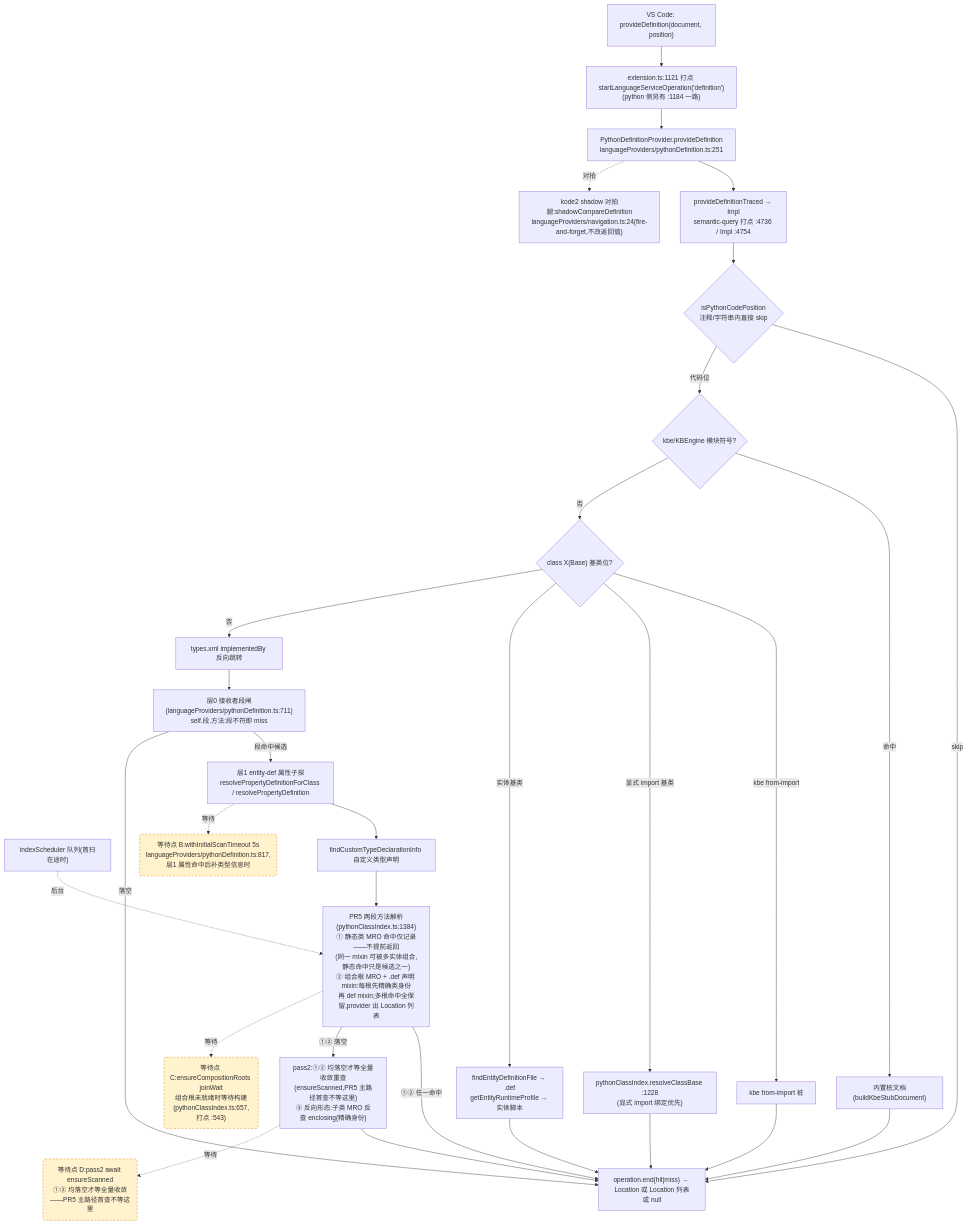
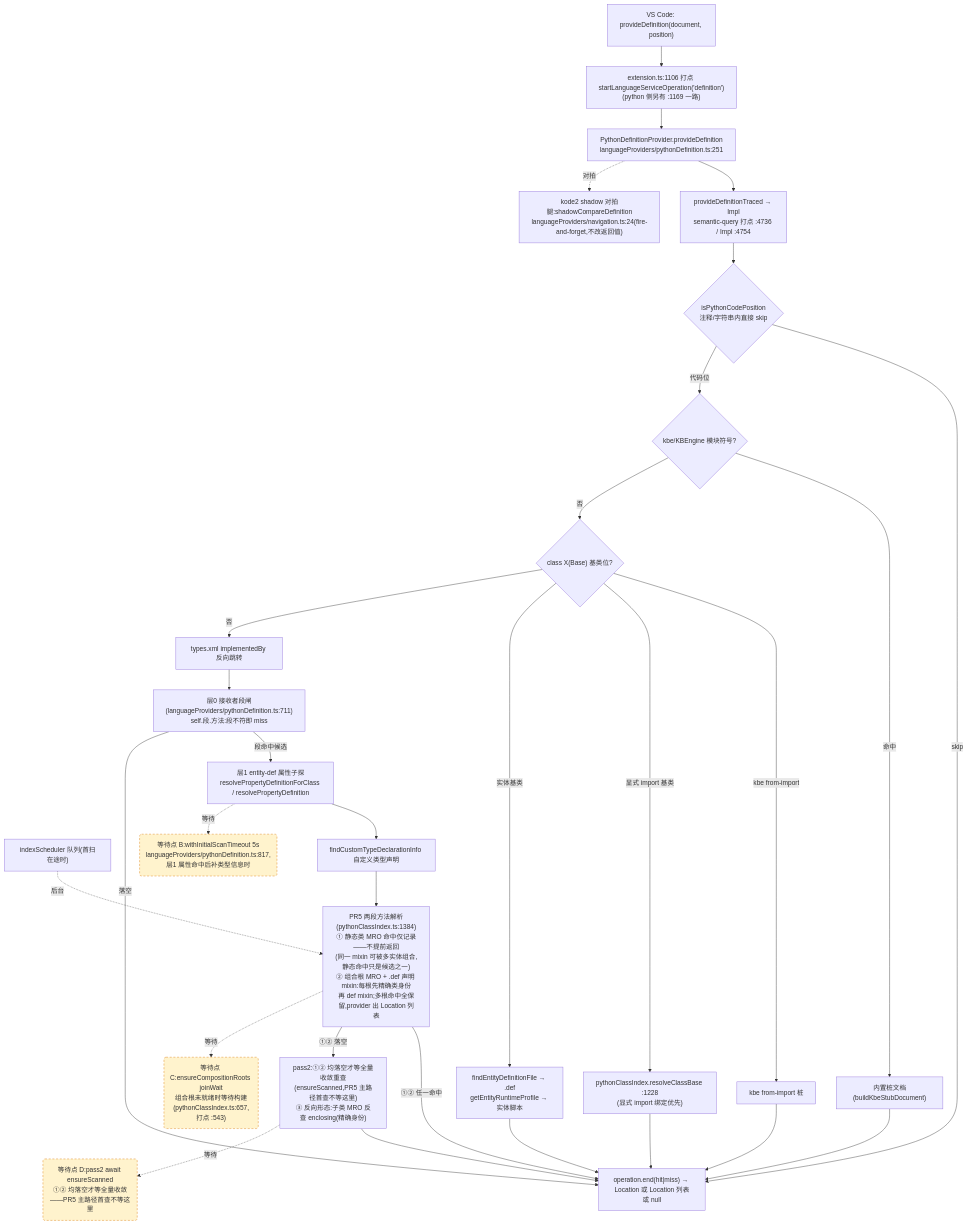
One commit to cuihairu/kode changed the second of 4 diagrams in docs/perf/2026-baseline.md. Above: the diagram before and after it, drawn with Mermaid. The commit also changed other lines of this file and 3 other files, not shown here.

````diff
--- a/docs/perf/2026-baseline.md
+++ b/docs/perf/2026-baseline.md
@@ -130,51 +130,51 @@
 ```mermaid
 flowchart TD
   VC2["VS Code: provideDefinition(document, position)"]
-  M2["extension.ts:1121 打点 startLanguageServiceOperation('definition')<br/>(python 侧另有 :1184 一路)"]
+  M2["extension.ts:1106 打点 startLanguageServiceOperation('definition')<br/>(python 侧另有 :1169 一路)"]
   AD2["PythonDefinitionProvider.provideDefinition<br/>languageProviders/pythonDefinition.ts:251"]
   TR["provideDefinitionTraced → Impl<br/>semantic-query 打点 :4736 / Impl :4754"]
   CTX{"isPythonCodePosition<br/>注释/字符串内直接 skip"}
   KBE{"kbe/KBEngine 模块符号?"}
   STUB["内置桩文档(buildKbeStubDocument)"]
   CB{"class X(Base) 基类位?"}
   CB1["kbe from-import 桩"]
   CB2["pythonClassIndex.resolveClassBase :1228<br/>(显式 import 绑定优先)"]
   CB3["findEntityDefinitionFile → .def<br/>getEntityRuntimeProfile → 实体脚本"]
   REV["types.xml implementedBy 反向跳转"]
   L0["层0 接收者段闸(languageProviders/pythonDefinition.ts:711)<br/>self.段.方法:段不符即 miss"]
   L1["层1 entity-def 属性子探<br/>resolvePropertyDefinitionForClass / resolvePropertyDefinition"]
   SCAN["indexScheduler 队列(首扫在途时)"]
   TY["findCustomTypeDeclarationInfo 自定义类型声明"]
   MRO["PR5 两段方法解析(pythonClassIndex.ts:1384)<br/>① 静态类 MRO 命中仅记录——不提前返回<br/>(同一 mixin 可被多实体组合,静态命中只是候选之一)<br/>② 组合根 MRO + .def 声明 mixin:每根先精确类身份<br/>再 def mixin;多根命中全保留,provider 出 Location 列表"]
   PASS2["pass2:①② 均落空才等全量收敛重查<br/>(ensureScanned,PR5 主路径首查不等这里)<br/>③ 反向形态:子类 MRO 反查 enclosing(精确身份)"]
   SHD["kode2 shadow 对拍腿:shadowCompareDefinition<br/>languageProviders/navigation.ts:24(fire-and-forget,不改返回值)"]
   END2["operation.end(hit|miss) → Location 或 Location 列表或 null"]
 
   VC2 --> M2 --> AD2 --> TR --> CTX
   CTX -- "skip" --> END2
   CTX -- "代码位" --> KBE
   KBE -- "命中" --> STUB --> END2
   KBE -- "否" --> CB
   CB -- "kbe from-import" --> CB1 --> END2
   CB -- "显式 import 基类" --> CB2 --> END2
   CB -- "实体基类" --> CB3 --> END2
   CB -- "否" --> REV --> L0
   L0 -- "段命中候选" --> L1
   L0 -- "落空" --> END2
   L1 --> TY
   TY --> MRO
   MRO -- "①② 任一命中" --> END2
   MRO -- "①② 落空" --> PASS2 --> END2
   AD2 -.->|对拍| SHD
 
   WAITB("等待点 B:withInitialScanTimeout 5s<br/>languageProviders/pythonDefinition.ts:817,层1 属性命中后补类型信息时")
   WAITC("等待点 C:ensureCompositionRoots joinWait<br/>组合根未就绪时等待构建(pythonClassIndex.ts:657,打点 :543)")
   WAITD("等待点 D:pass2 await ensureScanned<br/>①② 均落空才等全量收敛——PR5 主路径首查不等这里")
   L1 -.->|等待| WAITB
   MRO -.->|等待| WAITC
   PASS2 -.->|等待| WAITD
   SCAN -.->|后台| MRO
 
   classDef waitPoint fill:#fff3cd,stroke:#d97706,stroke-dasharray:5 4;
   class WAITB,WAITC,WAITD waitPoint;
 ```
````
